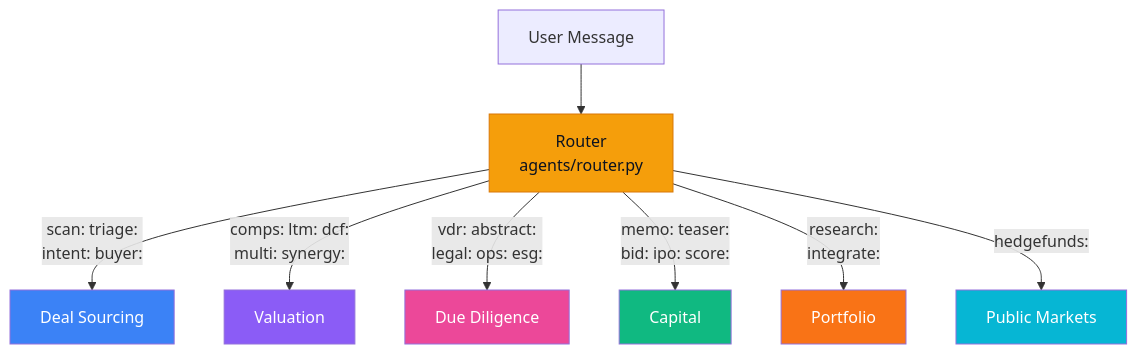
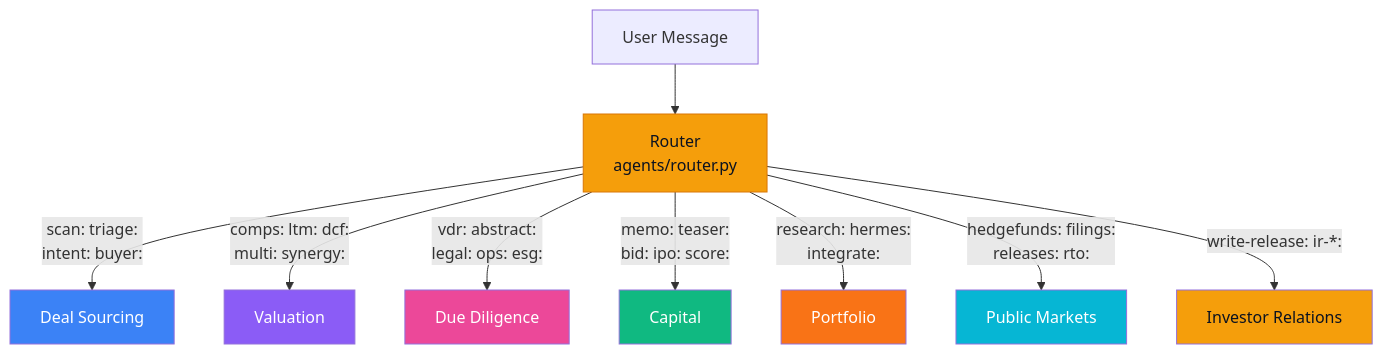
One commit to predictivelabsai/liquidround changed the second of 2 diagrams in README.md. Above: the diagram before and after it, drawn with Mermaid. The commit also changed other lines of this file and 81 other files, not shown here.

````diff
--- a/README.md
+++ b/README.md
@@ -58,18 +58,20 @@
 ```mermaid
 flowchart TD
     MSG["User Message"] --> ROUTER["Router\nagents/router.py"]
     ROUTER -->|"scan: triage:\nintent: buyer:"| SRC["Deal Sourcing"]
     ROUTER -->|"comps: ltm: dcf:\nmulti: synergy:"| UND["Valuation"]
     ROUTER -->|"vdr: abstract:\nlegal: ops: esg:"| DIG["Due Diligence"]
     ROUTER -->|"memo: teaser:\nbid: ipo: score:"| CAP["Capital"]
-    ROUTER -->|"research:\nintegrate:"| PORT["Portfolio"]
-    ROUTER -->|"hedgefunds:"| PUB["Public Markets"]
+    ROUTER -->|"research: hermes:\nintegrate:"| PORT["Portfolio"]
+    ROUTER -->|"hedgefunds: filings:\nreleases: rto:"| PUB["Public Markets"]
+    ROUTER -->|"write-release: ir-*:"| IR["Investor Relations"]
 
     style ROUTER fill:#F59E0B,color:#0B1220,stroke:#D97706
     style SRC fill:#3B82F6,color:#fff
     style UND fill:#8B5CF6,color:#fff
     style DIG fill:#EC4899,color:#fff
     style CAP fill:#10B981,color:#fff
     style PORT fill:#F97316,color:#fff
     style PUB fill:#06B6D4,color:#fff
+    style IR fill:#F59E0B,color:#0B1220
 ```
````
